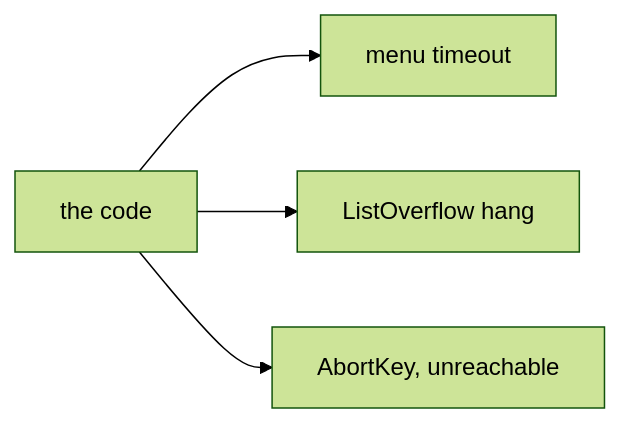
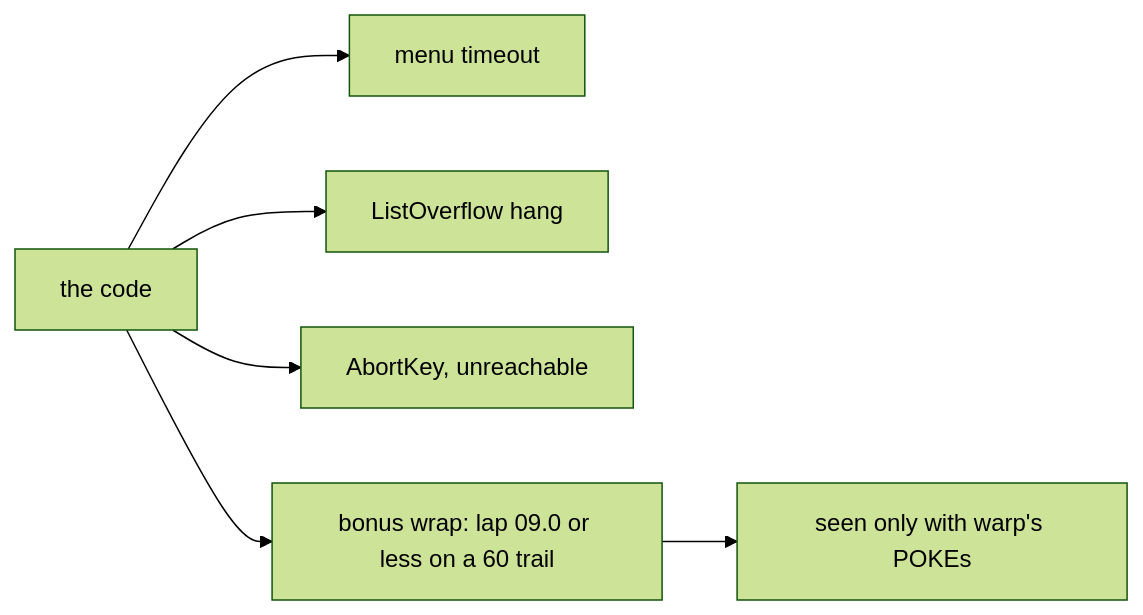
The ninth of 9 diagrams in games/atv-simulator/docs/01-game-design.md (alfishe/unrealng-reverse-cases), drawn with Mermaid (forest theme) before and after one commit. The commit also changed other lines of this file and 32 other files, not shown here.

````diff
--- a/games/atv-simulator/docs/01-game-design.md
+++ b/games/atv-simulator/docs/01-game-design.md
@@ -439,6 +446,8 @@
 ```mermaid
 flowchart LR
     A["the code"] --> B["menu timeout"]
     A --> E["ListOverflow hang"]
     A --> F["AbortKey, unreachable"]
+    A --> G["bonus wrap: lap 09.0 or less on a 60 trail"]
+    G --> H["seen only with warp's POKEs"]
 ```
````
